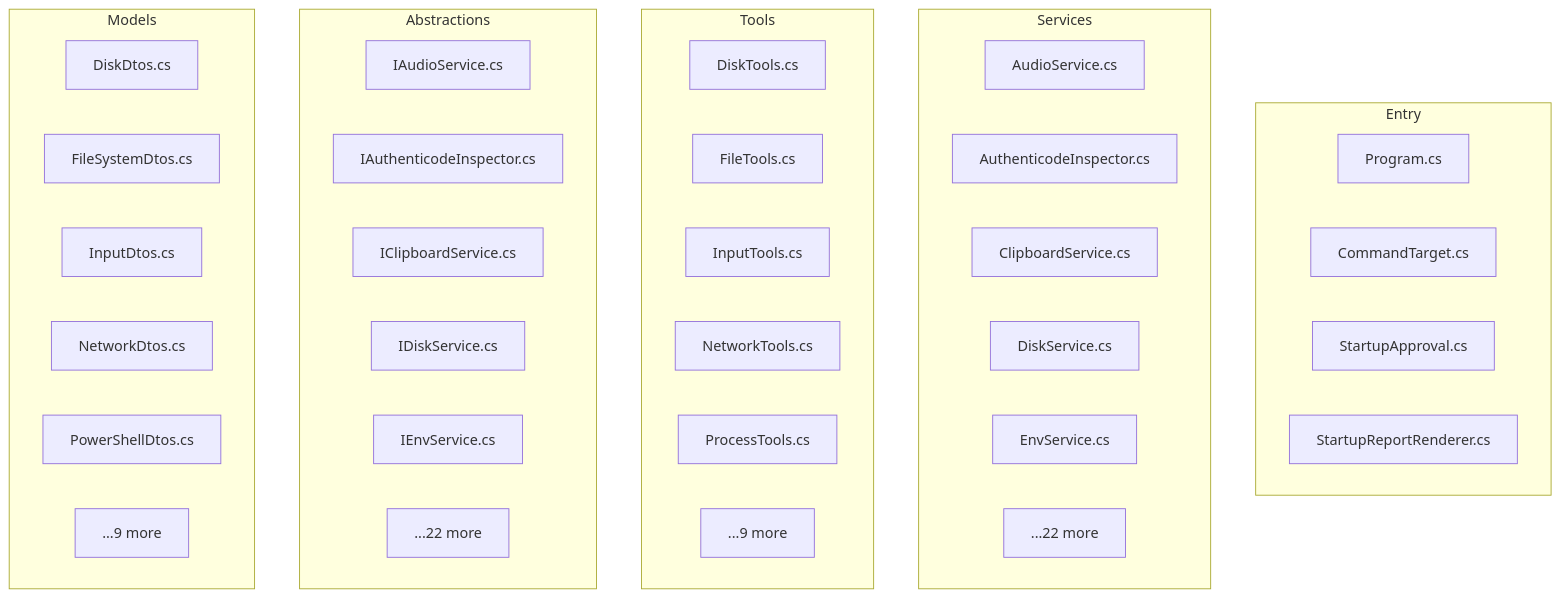
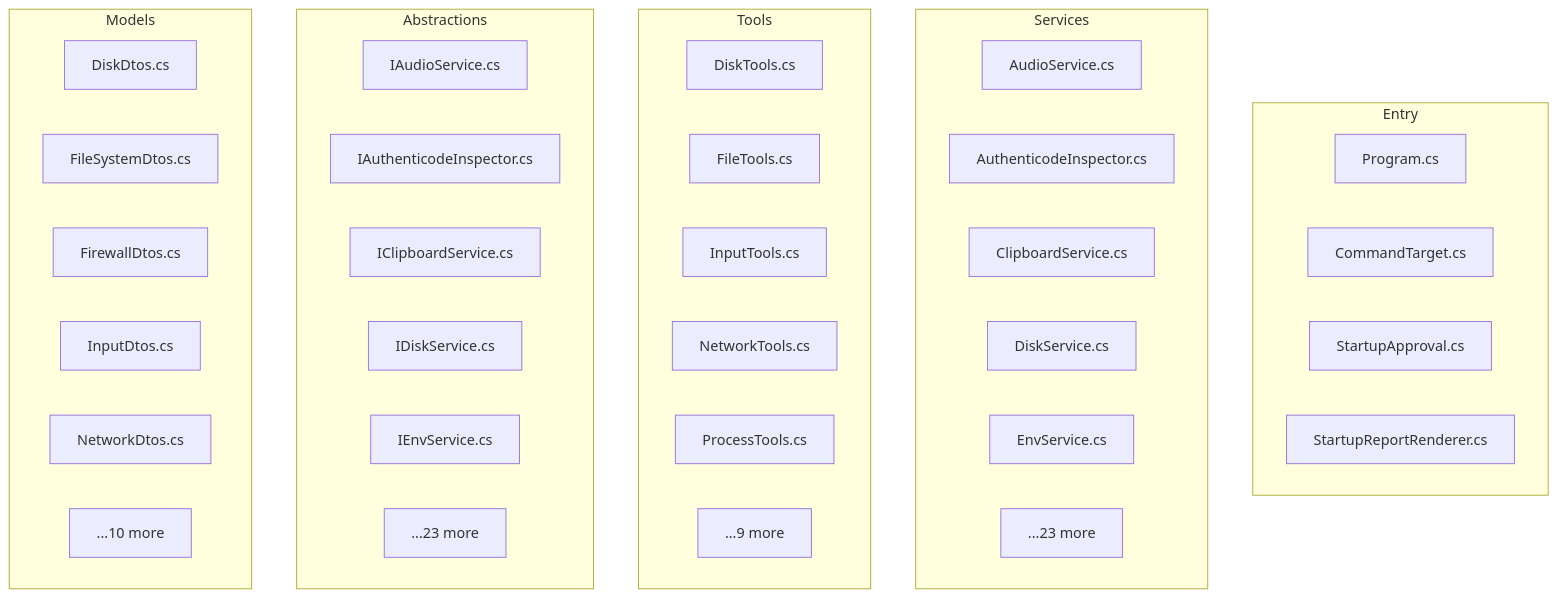
One commit to Steven23456/Windows-mcp changed the diagram in docs/architecture/DEPENDENCY_GRAPH.md. Above: the diagram before and after it, drawn with Mermaid. The commit also changed other lines of this file and 15 other files, not shown here.

````diff
--- a/docs/architecture/DEPENDENCY_GRAPH.md
+++ b/docs/architecture/DEPENDENCY_GRAPH.md
@@ -1359,46 +1396,46 @@
 ```mermaid
 graph TD
     subgraph Entry
         N0[Program.cs]
         N1[CommandTarget.cs]
         N2[StartupApproval.cs]
         N3[StartupReportRenderer.cs]
     end
 
     subgraph Services
         N4[AudioService.cs]
         N5[AuthenticodeInspector.cs]
         N6[ClipboardService.cs]
         N7[DiskService.cs]
         N8[EnvService.cs]
-        N9[...22 more]
+        N9[...23 more]
     end
 
     subgraph Tools
         N10[DiskTools.cs]
         N11[FileTools.cs]
         N12[InputTools.cs]
         N13[NetworkTools.cs]
         N14[ProcessTools.cs]
         N15[...9 more]
     end
 
     subgraph Abstractions
         N16[IAudioService.cs]
         N17[IAuthenticodeInspector.cs]
         N18[IClipboardService.cs]
         N19[IDiskService.cs]
         N20[IEnvService.cs]
-        N21[...22 more]
+        N21[...23 more]
     end
 
     subgraph Models
         N22[DiskDtos.cs]
         N23[FileSystemDtos.cs]
-        N24[InputDtos.cs]
-        N25[NetworkDtos.cs]
-        N26[PowerShellDtos.cs]
-        N27[...9 more]
+        N24[FirewallDtos.cs]
+        N25[InputDtos.cs]
+        N26[NetworkDtos.cs]
+        N27[...10 more]
     end
 
 ```
````
